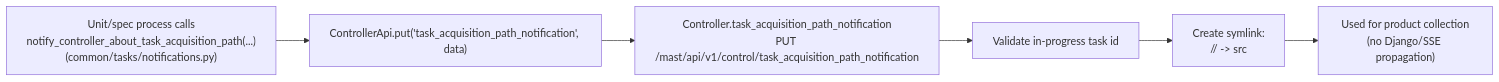
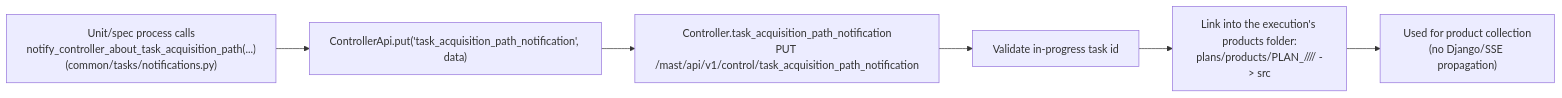
One commit to The-MAST-project/MAST_control changed the third of 3 diagrams in docs/notifications-diagram.md. Above: the diagram before and after it, drawn with Mermaid. The commit also changed 66 other files, not shown here.

First line of the commit message:
Control acquisition, step 2: PlanExecution and the acquisition endpoints (#47)

````diff
--- a/docs/notifications-diagram.md
+++ b/docs/notifications-diagram.md
@@ -84,8 +84,8 @@
 ```mermaid
 flowchart LR
 	T1["Unit/spec process calls\nnotify_controller_about_task_acquisition_path(...)\n(common/tasks/notifications.py)"] --> T2["ControllerApi.put('task_acquisition_path_notification', data)"]
 	T2 --> T3["Controller.task_acquisition_path_notification\nPUT /mast/api/v1/control/task_acquisition_path_notification"]
 	T3 --> T4["Validate in-progress task id"]
-	T4 --> T5["Create symlink:\n<run_folder>/<initiator.hostname>/<subpath> -> src"]
+	T4 --> T5["Link into the execution's products folder:\nplans/products/PLAN_<ulid>/<start>/<Stage>/<producer>/<name> -> src"]
 	T5 --> T6["Used for product collection\n(no Django/SSE propagation)"]
 ```
````
